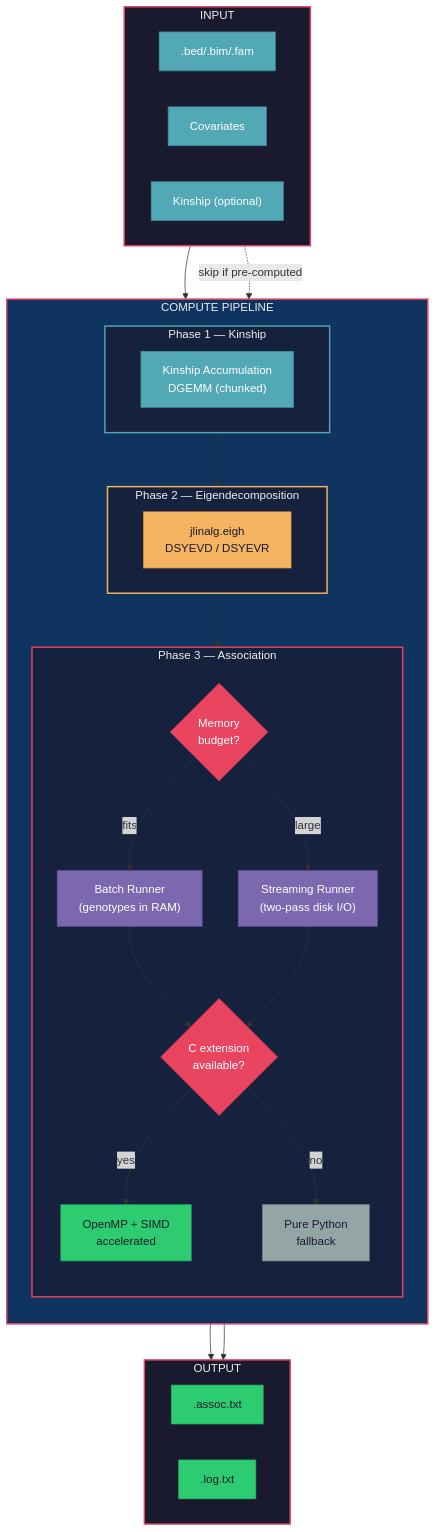
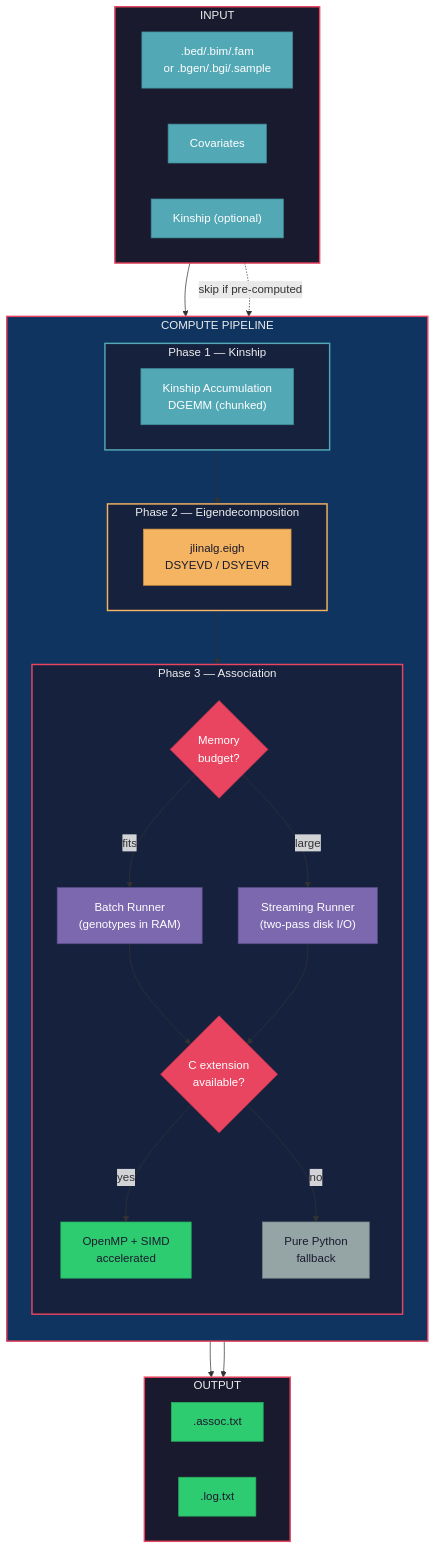
One commit to michael-denyer/jamma changed the first of 3 diagrams in docs/USER_GUIDE.md. Above: the diagram before and after it, drawn with Mermaid. The commit also changed other lines of this file and 11 other files, not shown here.

````diff
--- a/docs/USER_GUIDE.md
+++ b/docs/USER_GUIDE.md
@@ -82,73 +83,73 @@
 ```mermaid
 flowchart TD
     subgraph INPUT["INPUT"]
         direction LR
-        BED[".bed/.bim/.fam"]
+        BED[".bed/.bim/.fam<br/>or .bgen/.bgi/.sample"]
         COV["Covariates"]
         KIN_IN["Kinship (optional)"]
     end
 
     subgraph COMPUTE["COMPUTE PIPELINE"]
         direction TB
 
         subgraph PHASE1["Phase 1 — Kinship"]
             GK["Kinship Accumulation<br/>DGEMM (chunked)"]
         end
 
         subgraph PHASE2["Phase 2 — Eigendecomposition"]
             EIG["jlinalg.eigh<br/>DSYEVD / DSYEVR"]
         end
 
         subgraph PHASE3["Phase 3 — Association"]
             direction TB
             MEM{"Memory<br/>budget?"}
             BATCH["Batch Runner<br/>(genotypes in RAM)"]
             STREAM["Streaming Runner<br/>(two-pass disk I/O)"]
             CEXT{"C extension<br/>available?"}
             OMP["OpenMP + SIMD<br/>accelerated"]
             PYFALL["Pure Python<br/>fallback"]
         end
     end
 
     subgraph OUTPUT["OUTPUT"]
         ASSOC[".assoc.txt"]
         LOG[".log.txt"]
     end
 
     INPUT --> PHASE1
     KIN_IN -.->|skip if pre-computed| PHASE2
     PHASE1 --> PHASE2
     PHASE2 --> PHASE3
     MEM -->|fits| BATCH
     MEM -->|large| STREAM
     BATCH --> CEXT
     STREAM --> CEXT
     CEXT -->|yes| OMP
     CEXT -->|no| PYFALL
     OMP --> OUTPUT
     PYFALL --> OUTPUT
 
     style INPUT fill:#1a1a2e,stroke:#e94560,color:#eee,stroke-width:2px
     style COMPUTE fill:#0f3460,stroke:#e94560,color:#eee,stroke-width:2px
     style OUTPUT fill:#1a1a2e,stroke:#e94560,color:#eee,stroke-width:2px
 
     style PHASE1 fill:#16213e,stroke:#53a8b6,color:#eee,stroke-width:2px
     style PHASE2 fill:#16213e,stroke:#f5b461,color:#eee,stroke-width:2px
     style PHASE3 fill:#16213e,stroke:#e94560,color:#eee,stroke-width:2px
 
     style BED fill:#53a8b6,stroke:#3d8a96,color:#fff
     style COV fill:#53a8b6,stroke:#3d8a96,color:#fff
     style KIN_IN fill:#53a8b6,stroke:#3d8a96,color:#fff
 
     style GK fill:#53a8b6,stroke:#3d8a96,color:#fff
     style EIG fill:#f5b461,stroke:#d4943f,color:#1a1a2e
     style MEM fill:#e94560,stroke:#c73550,color:#fff
     style BATCH fill:#7b68ae,stroke:#5a4d8a,color:#fff
     style STREAM fill:#7b68ae,stroke:#5a4d8a,color:#fff
     style CEXT fill:#e94560,stroke:#c73550,color:#fff
     style OMP fill:#2ecc71,stroke:#27ae60,color:#1a1a2e
     style PYFALL fill:#95a5a6,stroke:#7f8c8d,color:#1a1a2e
 
     style ASSOC fill:#2ecc71,stroke:#27ae60,color:#1a1a2e
     style LOG fill:#2ecc71,stroke:#27ae60,color:#1a1a2e
 ```
````
